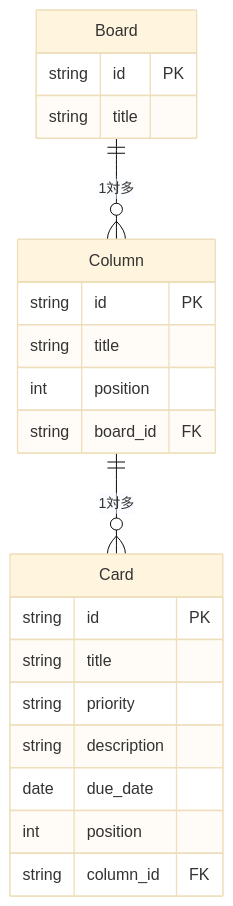
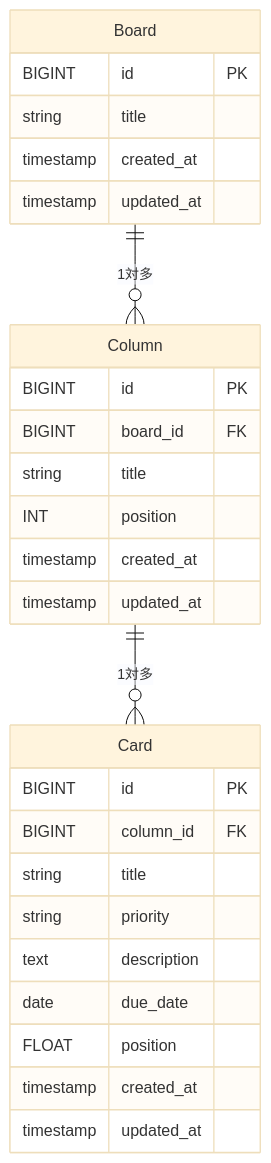
The diagram in TaskManagement/docs/data-model.md (ks1844/raisetech-ai-coding), drawn with Mermaid (base theme) before and after one commit. The commit also changed other lines of this file and 4 other files, not shown here.

````diff
--- a/TaskManagement/docs/data-model.md
+++ b/TaskManagement/docs/data-model.md
@@ -103,25 +51,31 @@
 ```mermaid
 erDiagram
     Board {
-        string id PK
+        BIGINT id PK
         string title
+        timestamp created_at
+        timestamp updated_at
     }
     Column {
-        string id PK
+        BIGINT id PK
+        BIGINT board_id FK
         string title
-        int position
-        string board_id FK
+        INT position
+        timestamp created_at
+        timestamp updated_at
     }
     Card {
-        string id PK
+        BIGINT id PK
+        BIGINT column_id FK
         string title
         string priority
-        string description
+        text description
         date due_date
-        int position
-        string column_id FK
+        FLOAT position
+        timestamp created_at
+        timestamp updated_at
     }
 
     Board ||--o{ Column : "1対多"
     Column ||--o{ Card : "1対多"
 ```
````
